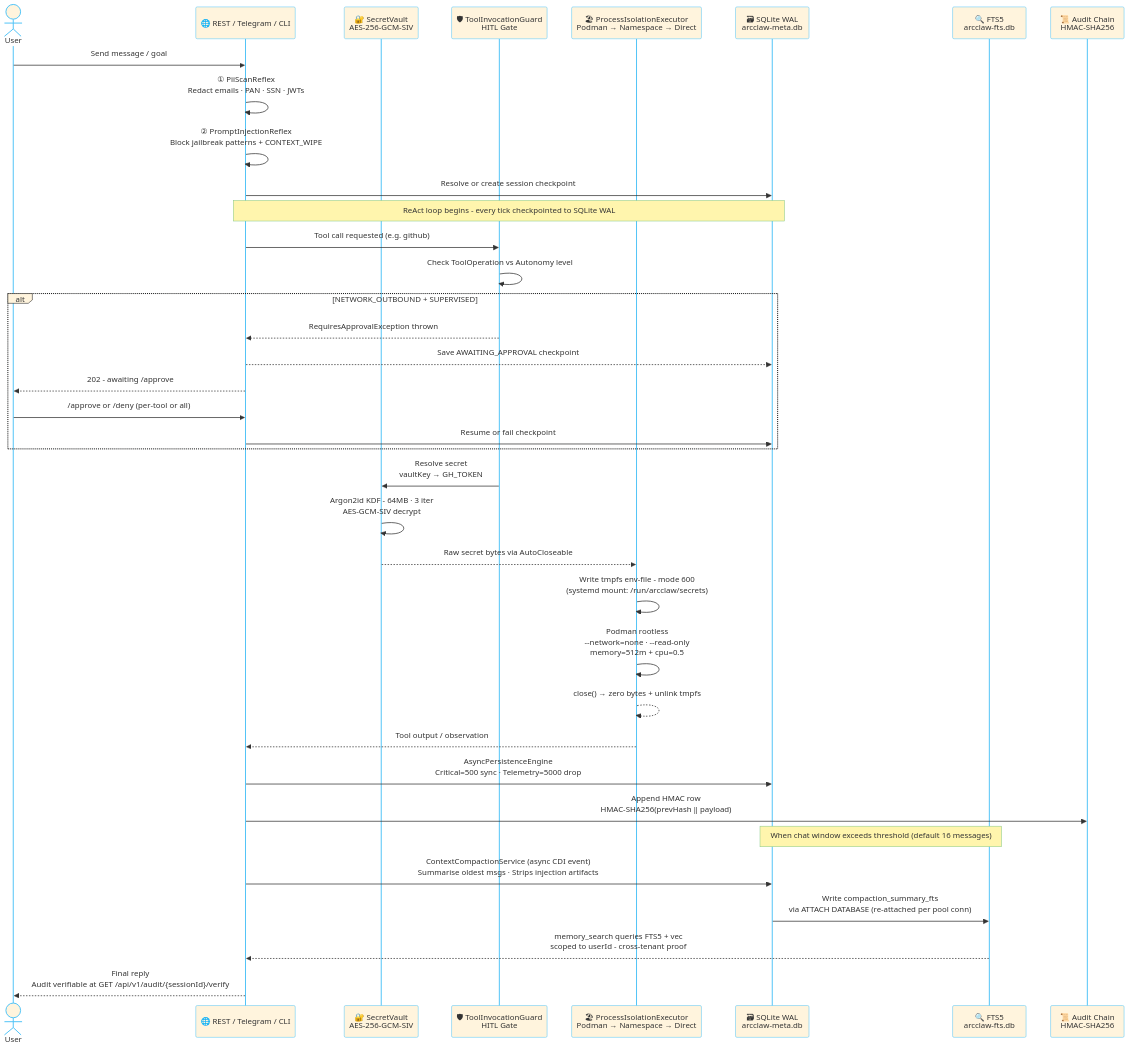
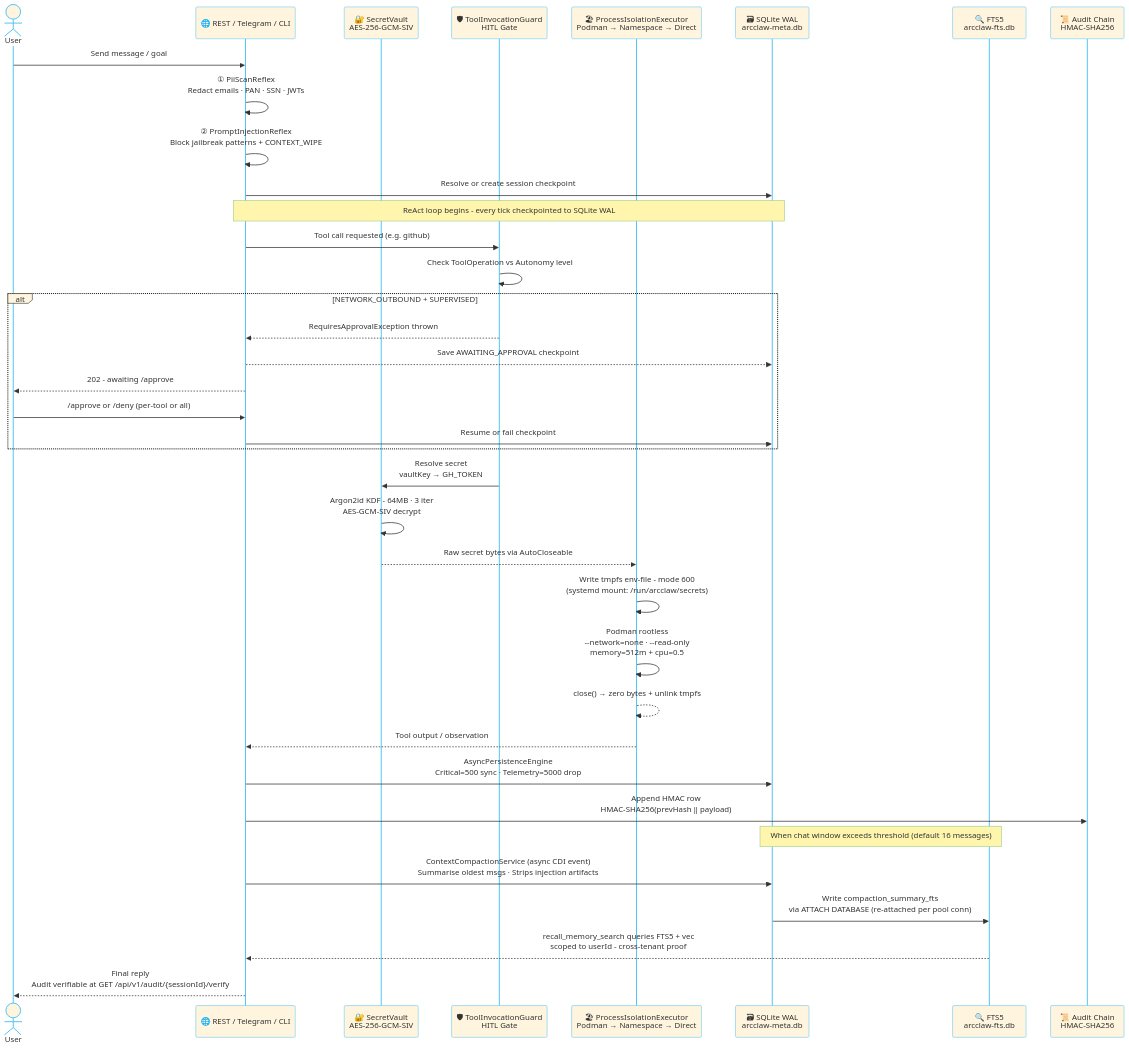
The seventh of 8 diagrams in README.md (rsrini7/AmshaAgent), drawn with Mermaid before and after one commit. The commit also changed other lines of this file and 46 other files, not shown here.

First line of the commit message:
refactor(tools): split memory search into recall and archival memory search

````diff
--- a/README.md
+++ b/README.md
@@ -1247,50 +1250,50 @@
 ```mermaid
 %%{init: {'theme': 'base', 'themeVariables': {'primaryBorderColor': '#4fc3f7', 'lineColor': '#4fc3f7', 'activationBorderColor': '#4fc3f7', 'actorBorder': '#4fc3f7', 'actorLineColor': '#4fc3f7','labelBoxBorderColor': '#0b0c0cff', 'noteBorderColor': '#81c784', 'fontSize': '13px'}}}%%
 sequenceDiagram
     actor User
     participant API as 🌐 REST / Telegram / CLI
     participant Vault as 🔐 SecretVault<br/>AES-256-GCM-SIV
     participant Guard as 🛡 ToolInvocationGuard<br/>HITL Gate
     participant Sandbox as 🏖 ProcessIsolationExecutor<br/>Podman → Namespace → Direct
     participant SQLite as 🗃 SQLite WAL<br/>arcclaw-meta.db
     participant FTS as 🔍 FTS5<br/>arcclaw-fts.db
     participant Audit as 📜 Audit Chain<br/>HMAC-SHA256
 
     User->>API: Send message / goal
     API->>API: ① PiiScanReflex<br/>Redact emails · PAN · SSN · JWTs
     API->>API: ② PromptInjectionReflex<br/>Block jailbreak patterns + CONTEXT_WIPE
     API->>SQLite: Resolve or create session checkpoint
 
     Note over API,SQLite: ReAct loop begins - every tick checkpointed to SQLite WAL
 
     API->>Guard: Tool call requested (e.g. github)
     Guard->>Guard: Check ToolOperation vs Autonomy level
 
     alt NETWORK_OUTBOUND + SUPERVISED
         Guard-->>API: RequiresApprovalException thrown
         API-->>SQLite: Save AWAITING_APPROVAL checkpoint
         API-->>User: 202 - awaiting /approve
         User->>API: /approve or /deny (per-tool or all)
         API->>SQLite: Resume or fail checkpoint
     end
 
     Guard->>Vault: Resolve secret<br/>vaultKey → GH_TOKEN
     Vault->>Vault: Argon2id KDF - 64MB · 3 iter<br/>AES-GCM-SIV decrypt
     Vault-->>Sandbox: Raw secret bytes via AutoCloseable
 
     Sandbox->>Sandbox: Write tmpfs env-file - mode 600<br/>(systemd mount: /run/arcclaw/secrets)
     Sandbox->>Sandbox: Podman rootless<br/>--network=none · --read-only<br/>memory=512m + cpu=0.5
     Sandbox-->>Sandbox: close() → zero bytes + unlink tmpfs
 
     Sandbox-->>API: Tool output / observation
     API->>SQLite: AsyncPersistenceEngine<br/>Critical=500 sync · Telemetry=5000 drop
     API->>Audit: Append HMAC row<br/>HMAC-SHA256(prevHash ‖ payload)
 
     Note over SQLite,FTS: When chat window exceeds threshold (default 16 messages)
 
     API->>SQLite: ContextCompactionService (async CDI event)<br/>Summarise oldest msgs · Strips injection artifacts
     SQLite->>FTS: Write compaction_summary_fts<br/>via ATTACH DATABASE (re-attached per pool conn)
-    FTS-->>API: memory_search queries FTS5 + vec<br/>scoped to userId - cross-tenant proof
+    FTS-->>API: recall_memory_search queries FTS5 + vec<br/>scoped to userId - cross-tenant proof
 
     API-->>User: Final reply<br/>Audit verifiable at GET /api/v1/audit/{sessionId}/verify
 ```
````
